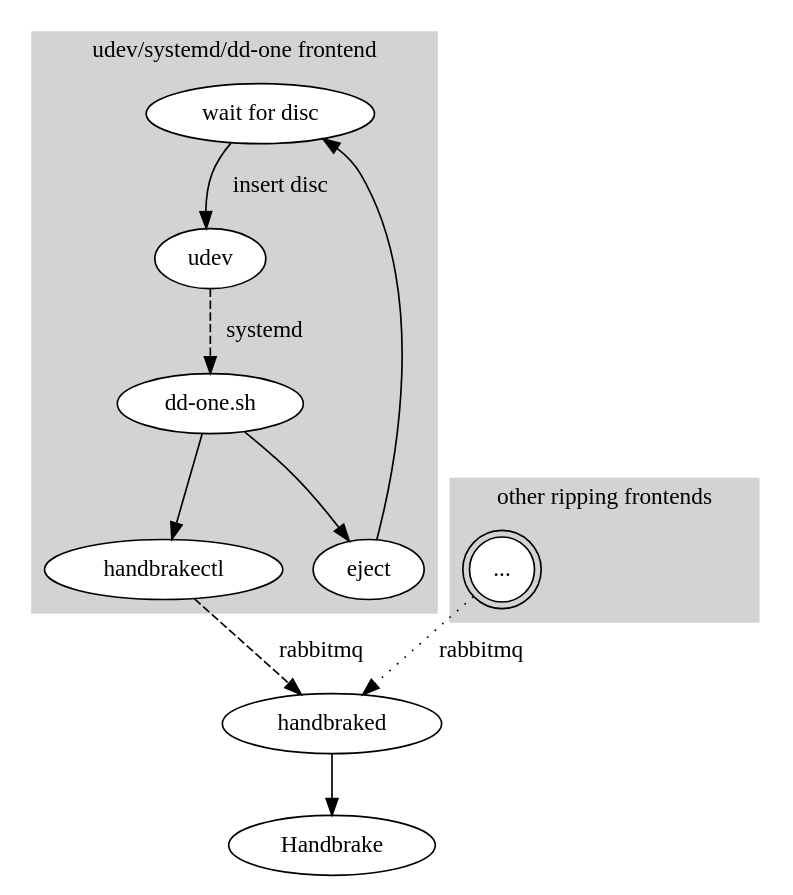
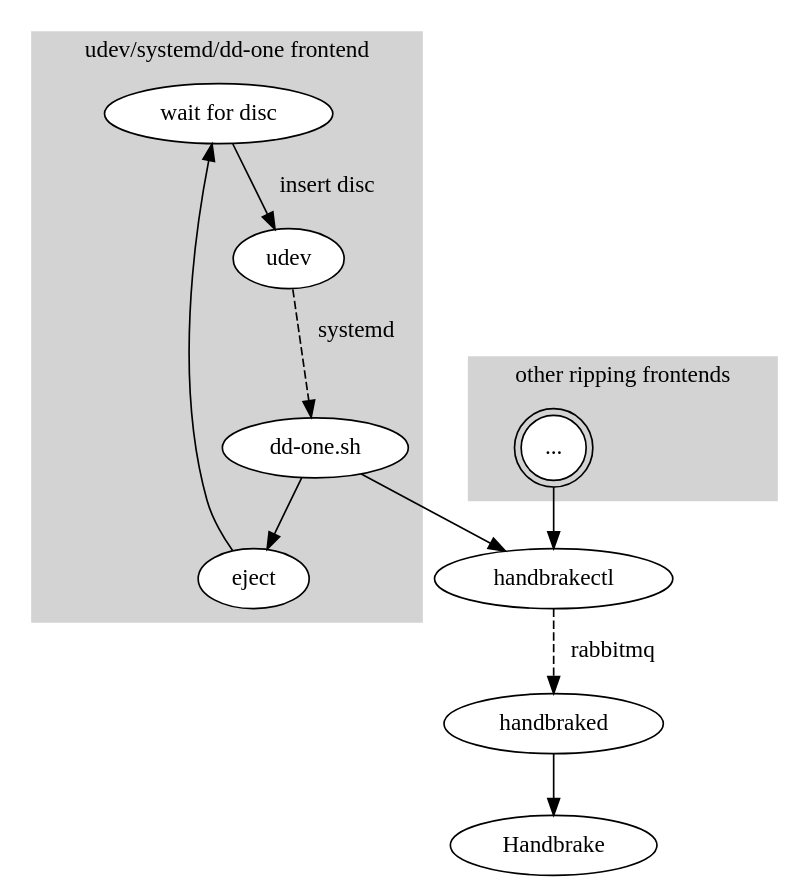
Before and after one commit to mgalgs/mgalgs.github.io: the diagram in static/handbraked2.dot, drawn with Graphviz. The commit also changed 8 other files, not shown here.

```diff
--- a/static/handbraked2.dot
+++ b/static/handbraked2.dot
@@ -1,24 +1,25 @@
 digraph G {
     subgraph cluster_ddonefrontend {
         node [style=filled,fillcolor=white];
         style=filled;
         color=lightgrey;
         label="udev/systemd/dd-one frontend";
         "wait for disc" -> udev [label=" insert disc  "];
         udev -> "dd-one.sh" [label=" systemd",style=dashed];
-        "dd-one.sh" -> handbrakectl;
         "dd-one.sh" -> eject;
         eject -> "wait for disc";
     }
 
     subgraph cluster_otherfrontends {
         node [style=filled,fillcolor=white];
         style=filled;
         color=lightgrey;
         label="other ripping frontends"
         "..." [shape=doublecircle];
-    } -> handbraked [label=" rabbitmq",style=dotted];
+    }
 
+    "..." -> handbrakectl;
+    "dd-one.sh" -> handbrakectl;
     handbrakectl -> handbraked [label=" rabbitmq",style=dashed];
     handbraked -> Handbrake;
 }
```
